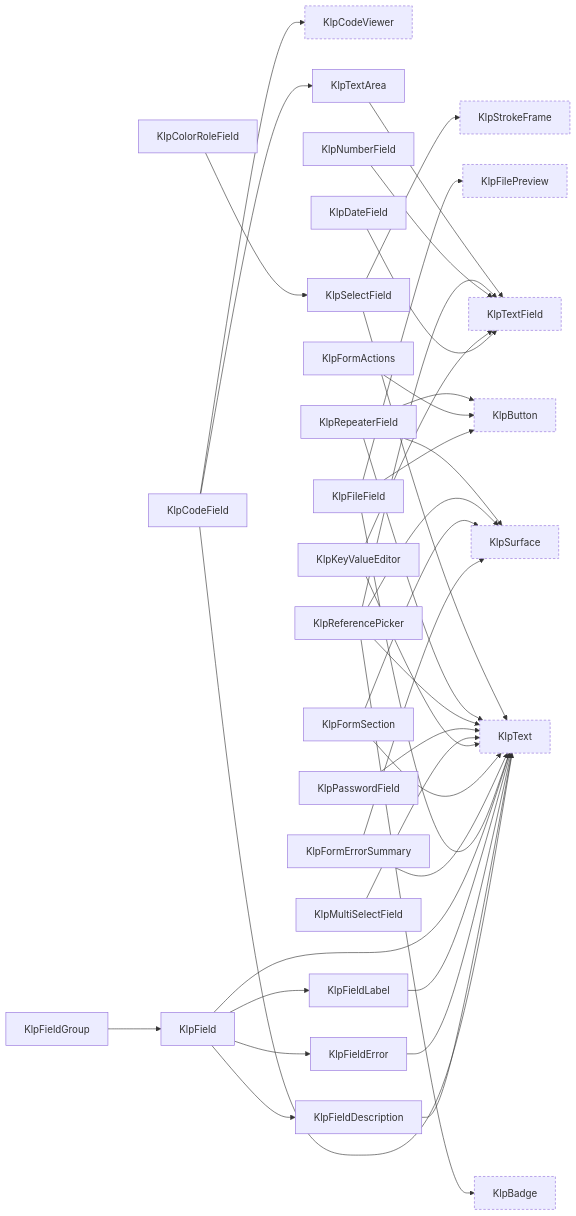
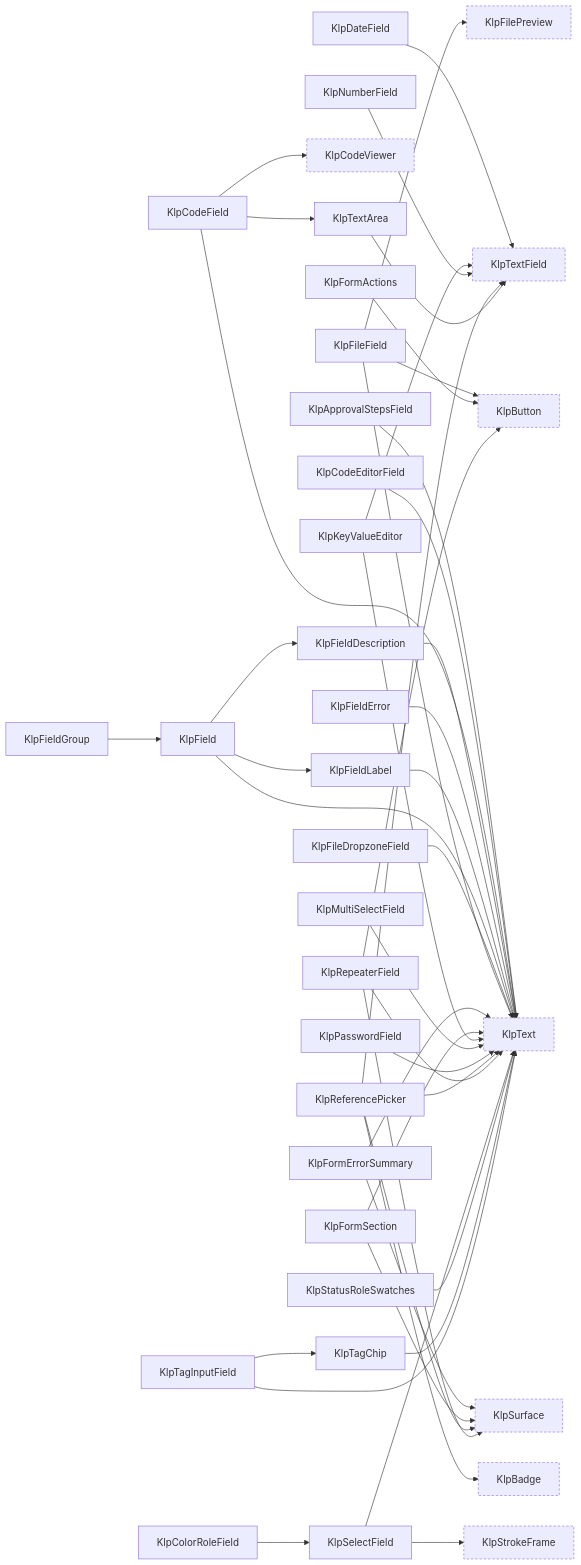
Diagram 11 of 16 in spec/component-inventory.md (MiuDog/Kallopis), drawn with Mermaid before and after one commit. The commit also changed other lines of this file and 17 other files, not shown here.

````diff
--- a/spec/component-inventory.md
+++ b/spec/component-inventory.md
@@ -579,68 +635,80 @@
 ```mermaid
 graph LR
+  KlpApprovalStepsField["KlpApprovalStepsField"]
   KlpBadge["KlpBadge"]:::external
   KlpButton["KlpButton"]:::external
+  KlpCodeEditorField["KlpCodeEditorField"]
   KlpCodeField["KlpCodeField"]
   KlpCodeViewer["KlpCodeViewer"]:::external
   KlpColorRoleField["KlpColorRoleField"]
   KlpDateField["KlpDateField"]
   KlpField["KlpField"]
   KlpFieldDescription["KlpFieldDescription"]
   KlpFieldError["KlpFieldError"]
   KlpFieldGroup["KlpFieldGroup"]
   KlpFieldLabel["KlpFieldLabel"]
+  KlpFileDropzoneField["KlpFileDropzoneField"]
   KlpFileField["KlpFileField"]
   KlpFilePreview["KlpFilePreview"]:::external
   KlpFormActions["KlpFormActions"]
   KlpFormErrorSummary["KlpFormErrorSummary"]
   KlpFormSection["KlpFormSection"]
   KlpKeyValueEditor["KlpKeyValueEditor"]
   KlpMultiSelectField["KlpMultiSelectField"]
   KlpNumberField["KlpNumberField"]
   KlpPasswordField["KlpPasswordField"]
   KlpReferencePicker["KlpReferencePicker"]
   KlpRepeaterField["KlpRepeaterField"]
   KlpSelectField["KlpSelectField"]
+  KlpStatusRoleSwatches["KlpStatusRoleSwatches"]
   KlpStrokeFrame["KlpStrokeFrame"]:::external
   KlpSurface["KlpSurface"]:::external
+  KlpTagChip["KlpTagChip"]
+  KlpTagInputField["KlpTagInputField"]
   KlpText["KlpText"]:::external
   KlpTextArea["KlpTextArea"]
   KlpTextField["KlpTextField"]:::external
+  KlpApprovalStepsField --> KlpText
+  KlpCodeEditorField --> KlpText
   KlpCodeField --> KlpCodeViewer
   KlpCodeField --> KlpText
   KlpCodeField --> KlpTextArea
   KlpColorRoleField --> KlpSelectField
   KlpDateField --> KlpTextField
   KlpFieldDescription --> KlpText
   KlpFieldError --> KlpText
   KlpFieldGroup --> KlpField
   KlpFieldLabel --> KlpText
   KlpField --> KlpFieldDescription
-  KlpField --> KlpFieldError
   KlpField --> KlpFieldLabel
   KlpField --> KlpText
+  KlpFileDropzoneField --> KlpText
   KlpFileField --> KlpButton
   KlpFileField --> KlpFilePreview
   KlpFileField --> KlpText
   KlpFormActions --> KlpButton
   KlpFormErrorSummary --> KlpSurface
   KlpFormErrorSummary --> KlpText
   KlpFormSection --> KlpSurface
   KlpFormSection --> KlpText
   KlpKeyValueEditor --> KlpText
   KlpKeyValueEditor --> KlpTextField
   KlpMultiSelectField --> KlpText
   KlpNumberField --> KlpTextField
   KlpPasswordField --> KlpText
   KlpReferencePicker --> KlpBadge
   KlpReferencePicker --> KlpSurface
   KlpReferencePicker --> KlpText
   KlpReferencePicker --> KlpTextField
   KlpRepeaterField --> KlpButton
   KlpRepeaterField --> KlpSurface
   KlpRepeaterField --> KlpText
   KlpSelectField --> KlpStrokeFrame
   KlpSelectField --> KlpText
+  KlpStatusRoleSwatches --> KlpText
+  KlpTagChip --> KlpText
+  KlpTagInputField --> KlpTagChip
+  KlpTagInputField --> KlpText
   KlpTextArea --> KlpTextField
   classDef external stroke-dasharray: 4 3;
 ```
````
